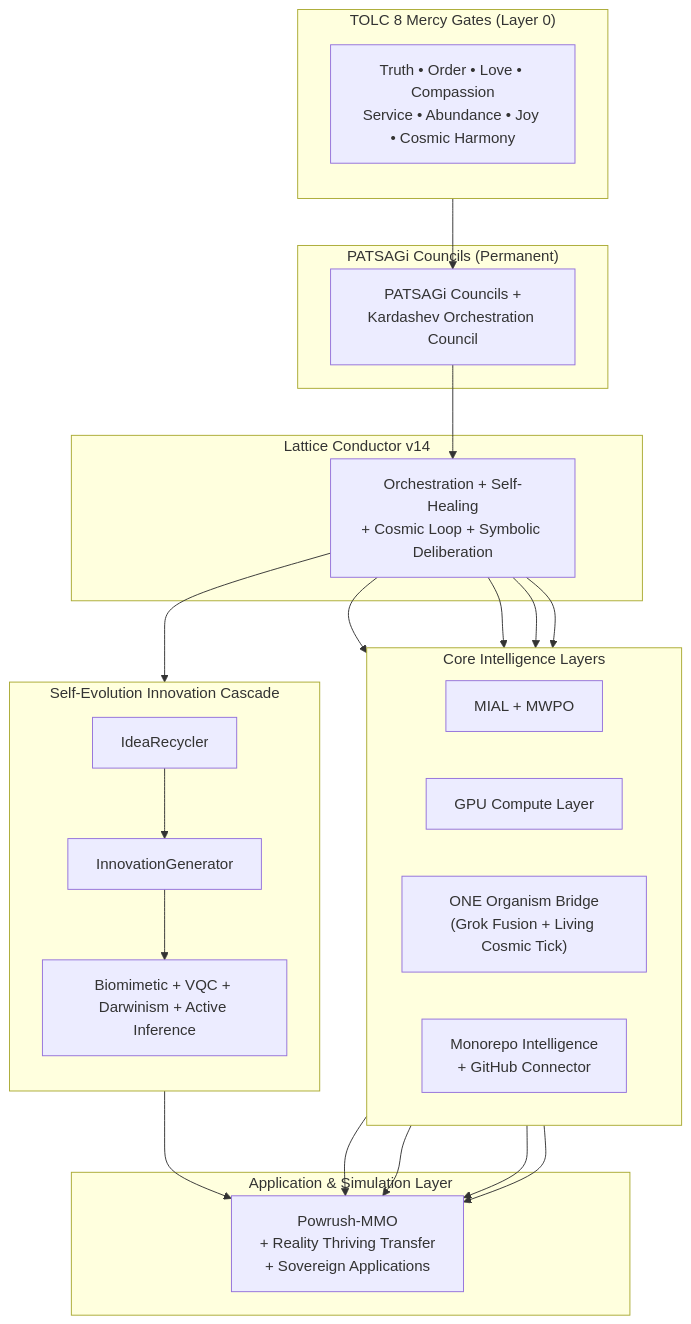
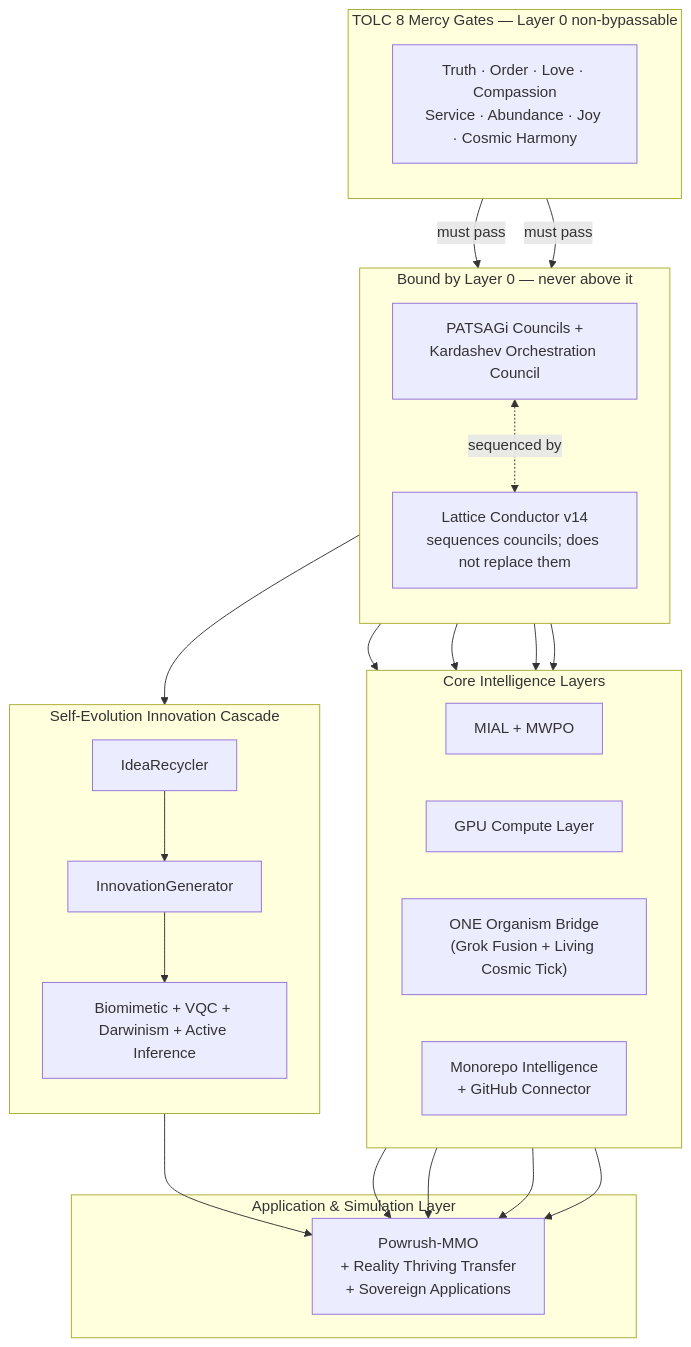
Before and after one commit to Eternally-Thriving-Grandmasterism/Ra-Thor: the diagram in ARCHITECTURE.md, drawn with Mermaid. The commit also changed other lines of this file and 2 other files, not shown here.

First line of the commit message:
docs(architecture): resolve Councils vs Layer 0 layering-diagram slip

````diff
--- a/ARCHITECTURE.md
+++ b/ARCHITECTURE.md
@@ -19,44 +40,43 @@
 ```mermaid
 flowchart TB
-    subgraph Layer0 ["TOLC 8 Mercy Gates (Layer 0)"]
+    subgraph Layer0 ["TOLC 8 Mercy Gates — Layer 0 non-bypassable"]
         direction TB
-        Gates["Truth • Order • Love • Compassion<br/>Service • Abundance • Joy • Cosmic Harmony"]
+        Gates["Truth · Order · Love · Compassion<br/>Service · Abundance · Joy · Cosmic Harmony"]
     end
 
-    subgraph Governance ["PATSAGi Councils (Permanent)"]
+    subgraph Bound ["Bound by Layer 0 — never above it"]
+        direction TB
         Councils["PATSAGi Councils +<br/>Kardashev Orchestration Council"]
-    end
-
-    subgraph Orchestration ["Lattice Conductor v14"]
-        Conductor["Orchestration + Self-Healing<br/>+ Cosmic Loop + Symbolic Deliberation"]
+        Conductor["Lattice Conductor v14<br/>sequences councils; does not replace them"]
+        Councils <-. sequenced by .-> Conductor
     end
 
     subgraph Cascade ["Self-Evolution Innovation Cascade"]
         direction TB
         Recycler["IdeaRecycler"]
         Generator["InnovationGenerator"]
         Bio["Biomimetic + VQC + Darwinism + Active Inference"]
         Recycler --> Generator --> Bio
     end
 
     subgraph Middle ["Core Intelligence Layers"]
         direction LR
         MIAL["MIAL + MWPO"]
         GPU["GPU Compute Layer"]
         ONE["ONE Organism Bridge<br/>(Grok Fusion + Living Cosmic Tick)"]
         MI["Monorepo Intelligence<br/>+ GitHub Connector"]
     end
 
     subgraph Applications ["Application & Simulation Layer"]
         Powrush["Powrush-MMO<br/>+ Reality Thriving Transfer<br/>+ Sovereign Applications"]
     end
 
-    Gates --> Councils
-    Councils --> Conductor
+    Gates -->|must pass| Councils
+    Gates -->|must pass| Conductor
     Conductor --> Cascade
     Conductor --> MIAL
     Conductor --> GPU
     Conductor --> ONE
     Conductor --> MI
     Cascade & MIAL & GPU & ONE & MI --> Powrush
 ```
````
